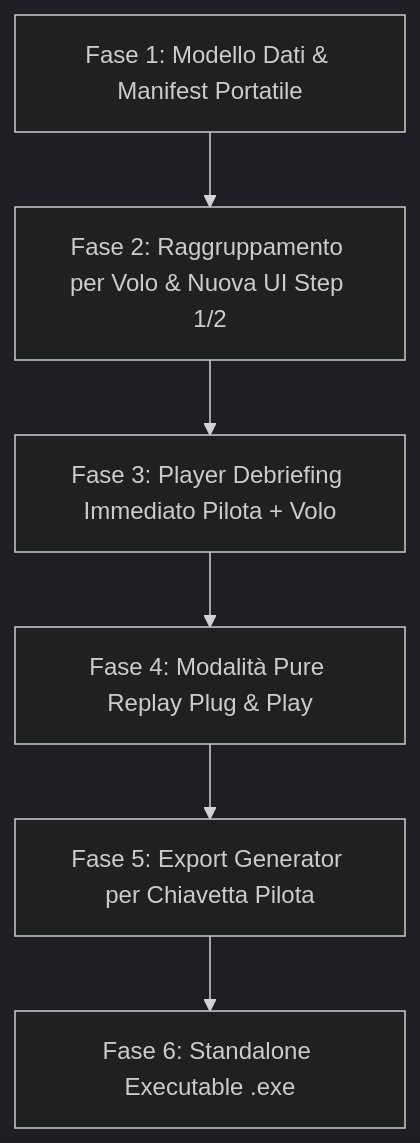
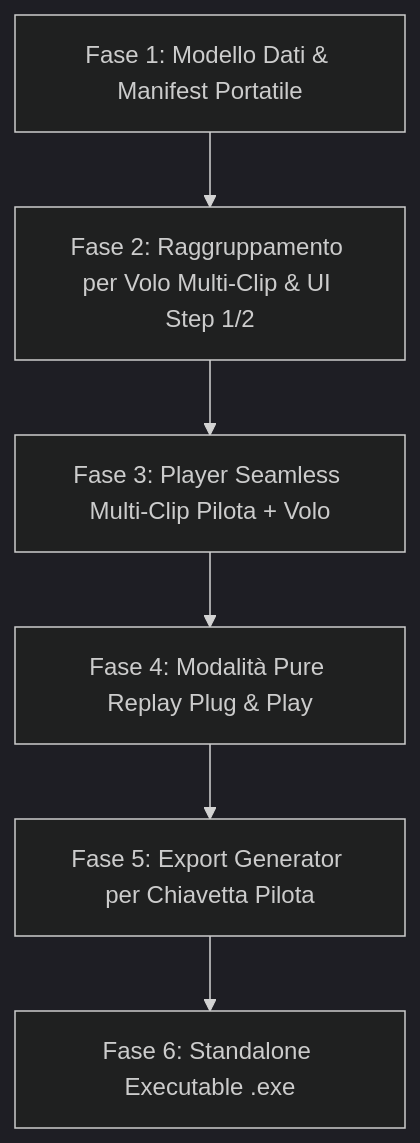
Before and after one commit to alessandroame/SIVVideoAnalyzer: the diagram in docs/ROADMAP_CONSOLIDATA.md, drawn with Mermaid (dark theme). The commit also changed other lines of this file, not shown here.

Commit message:
Enhance roadmap: support multi-clip flights with virtual unified timeline and seamless debriefing

````diff
--- a/docs/ROADMAP_CONSOLIDATA.md
+++ b/docs/ROADMAP_CONSOLIDATA.md
@@ -25,8 +26,8 @@
 ```mermaid
 flowchart TD
-    A[Fase 1: Modello Dati & Manifest Portatile] --> B[Fase 2: Raggruppamento per Volo & Nuova UI Step 1/2]
-    B --> C[Fase 3: Player Debriefing Immediato Pilota + Volo]
+    A[Fase 1: Modello Dati & Manifest Portatile] --> B[Fase 2: Raggruppamento per Volo Multi-Clip & UI Step 1/2]
+    B --> C[Fase 3: Player Seamless Multi-Clip Pilota + Volo]
     C --> D[Fase 4: Modalità Pure Replay Plug & Play]
     D --> E[Fase 5: Export Generator per Chiavetta Pilota]
     E --> F[Fase 6: Standalone Executable .exe]
 ```
````
